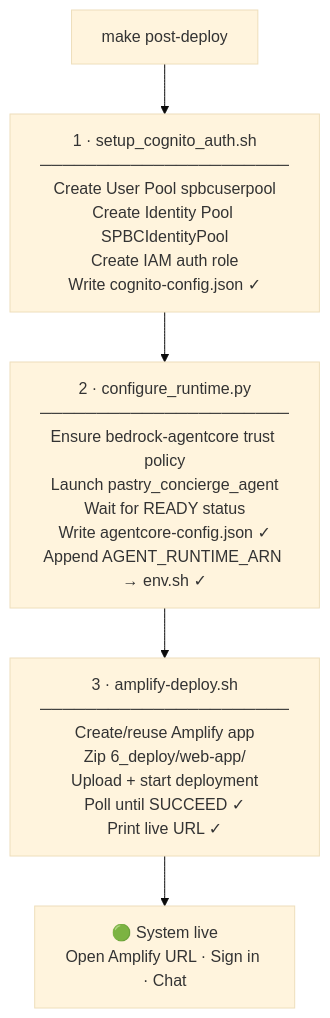
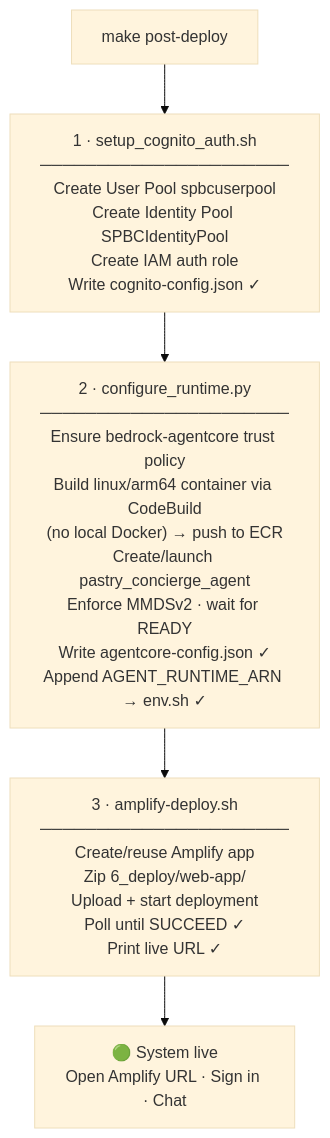
One commit to uzerGenAi/cyberport-tech-assistant changed the third of 3 diagrams in README.md. Above: the diagram before and after it, drawn with Mermaid (base theme). The commit also changed other lines of this file, not shown here.

First line of the commit message:
docs: update README for the current architecture and CI/CD

````diff
--- a/README.md
+++ b/README.md
@@ -258,10 +287,10 @@
 ```mermaid
 flowchart TD
     PD["make post-deploy"]
     C1["1 · setup_cognito_auth.sh\n──────────────────────\nCreate User Pool spbcuserpool\nCreate Identity Pool SPBCIdentityPool\nCreate IAM auth role\nWrite cognito-config.json ✓"]
-    C2["2 · configure_runtime.py\n──────────────────────\nEnsure bedrock-agentcore trust policy\nLaunch pastry_concierge_agent\nWait for READY status\nWrite agentcore-config.json ✓\nAppend AGENT_RUNTIME_ARN → env.sh ✓"]
+    C2["2 · configure_runtime.py\n──────────────────────\nEnsure bedrock-agentcore trust policy\nBuild linux/arm64 container via CodeBuild\n(no local Docker) → push to ECR\nCreate/launch pastry_concierge_agent\nEnforce MMDSv2 · wait for READY\nWrite agentcore-config.json ✓\nAppend AGENT_RUNTIME_ARN → env.sh ✓"]
     C3["3 · amplify-deploy.sh\n──────────────────────\nCreate/reuse Amplify app\nZip 6_deploy/web-app/\nUpload + start deployment\nPoll until SUCCEED ✓\nPrint live URL ✓"]
     DONE["🟢 System live\nOpen Amplify URL · Sign in · Chat"]
 
     PD --> C1 --> C2 --> C3 --> DONE
 ```
````
